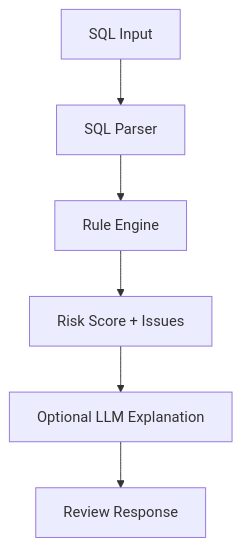
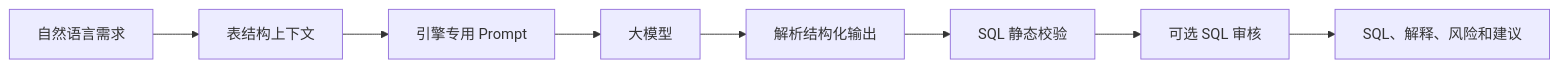
The sixth of 7 diagrams in docs/ARCHITECTURE.md (plutoczm/DataCopilot), drawn with Mermaid before and after one commit. The commit also changed other lines of this file and 152 other files, not shown here.

````diff
--- a/docs/ARCHITECTURE.md
+++ b/docs/ARCHITECTURE.md
@@ -112,8 +144,10 @@
 ```mermaid
-flowchart TD
-    SQL[SQL Input] --> Parser[SQL Parser]
-    Parser --> Rules[Rule Engine]
-    Rules --> Score[Risk Score + Issues]
-    Score --> LLM[Optional LLM Explanation]
-    LLM --> Review[Review Response]
+flowchart LR
+    NL[自然语言需求] --> Schema[表结构上下文]
+    Schema --> Prompt[引擎专用 Prompt]
+    Prompt --> LLM[大模型]
+    LLM --> Parse[解析结构化输出]
+    Parse --> Validate[SQL 静态校验]
+    Validate --> Review[可选 SQL 审核]
+    Review --> Result[SQL、解释、风险和建议]
 ```
````
